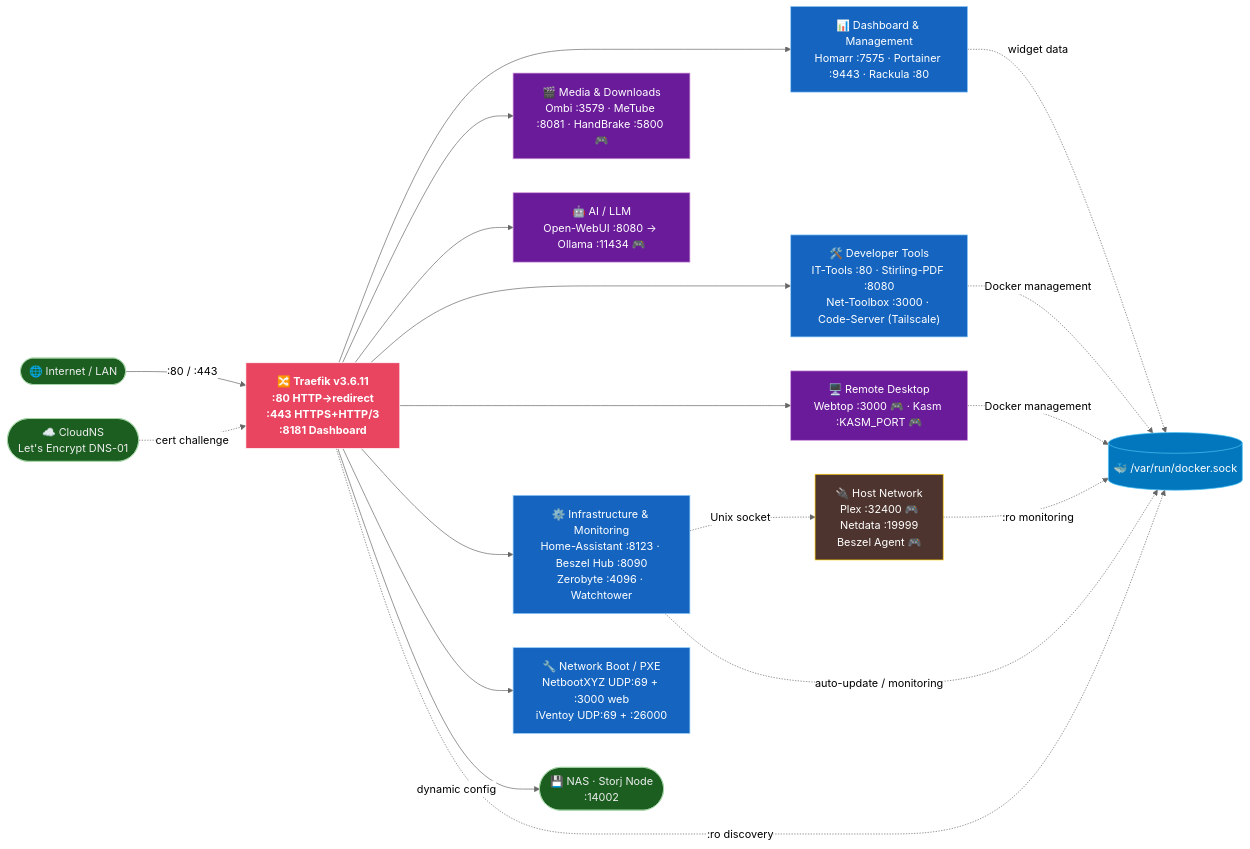
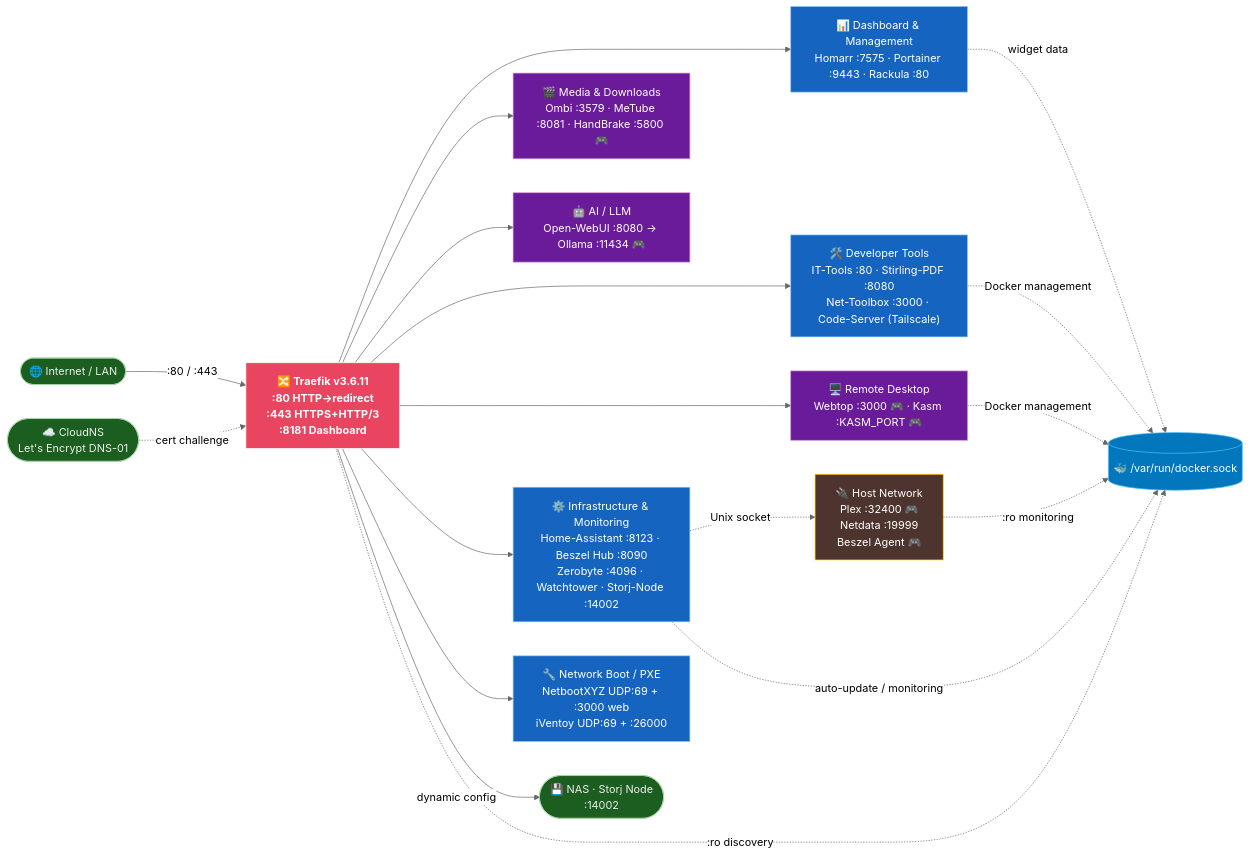
Before and after one commit to locus313/homelab-gitops: the diagram in README.md, drawn with Mermaid (neutral theme). The commit also changed other lines of this file and 3 other files, not shown here.

Commit message:
feat(storj-node): add Storj Node service with configuration and environment variables

````diff
--- a/README.md
+++ b/README.md
@@ -37,39 +37,39 @@
 ```mermaid
 graph LR
     classDef traefik fill:#e94560,stroke:#fff,color:#fff,font-weight:bold
     classDef group fill:#1565c0,stroke:#90caf9,color:#fff
     classDef gpu fill:#6a1b9a,stroke:#ce93d8,color:#fff
     classDef hostnet fill:#4e342e,stroke:#ffcc02,color:#fff
     classDef external fill:#1b5e20,stroke:#a5d6a7,color:#eee
     classDef dock fill:#0277bd,stroke:#4fc3f7,color:#fff
 
     INTERNET(["🌐 Internet / LAN"]):::external
     CLOUDNS(["☁️ CloudNS\nLet's Encrypt DNS-01"]):::external
     NAS(["💾 NAS · Storj Node\n:14002"]):::external
     DOCKER[("🐳 /var/run/docker.sock")]:::dock
 
     TRAEFIK["🔀 Traefik v3.6.11\n:80 HTTP→redirect\n:443 HTTPS+HTTP/3\n:8181 Dashboard"]:::traefik
 
     INTERNET -->|":80 / :443"| TRAEFIK
     CLOUDNS -.->|"cert challenge"| TRAEFIK
 
     TRAEFIK --> DASH["📊 Dashboard & Management\nHomarr :7575 · Portainer :9443 · Rackula :80"]:::group
     TRAEFIK --> MEDIA["🎬 Media & Downloads\nOmbi :3579 · MeTube :8081 · HandBrake :5800 🎮"]:::gpu
     TRAEFIK --> AI["🤖 AI / LLM\nOpen-WebUI :8080 → Ollama :11434 🎮"]:::gpu
     TRAEFIK --> TOOLS["🛠️ Developer Tools\nIT-Tools :80 · Stirling-PDF :8080\nNet-Toolbox :3000 · Code-Server (Tailscale)"]:::group
     TRAEFIK --> DESKTOP["🖥️ Remote Desktop\nWebtop :3000 🎮 · Kasm :KASM_PORT 🎮"]:::gpu
-    TRAEFIK --> INFRA["⚙️ Infrastructure & Monitoring\nHome-Assistant :8123 · Beszel Hub :8090\nZerobyte :4096 · Watchtower"]:::group
+    TRAEFIK --> INFRA["⚙️ Infrastructure & Monitoring\nHome-Assistant :8123 · Beszel Hub :8090\nZerobyte :4096 · Watchtower · Storj-Node :14002"]:::group
     TRAEFIK --> BOOT["🔧 Network Boot / PXE\nNetbootXYZ UDP:69 + :3000 web\niVentoy UDP:69 + :26000"]:::group
     TRAEFIK -->|"dynamic config"| NAS
 
     HOSTNET["🔌 Host Network\nPlex :32400 🎮\nNetdata :19999\nBeszel Agent 🎮"]:::hostnet
 
     INFRA -.->|"Unix socket"| HOSTNET
 
     TRAEFIK -.->|":ro discovery"| DOCKER
     DASH -.->|"widget data"| DOCKER
     INFRA -.->|"auto-update / monitoring"| DOCKER
     DESKTOP -.->|"Docker management"| DOCKER
     TOOLS -.->|"Docker management"| DOCKER
     HOSTNET -.->|":ro monitoring"| DOCKER
 ```
````
